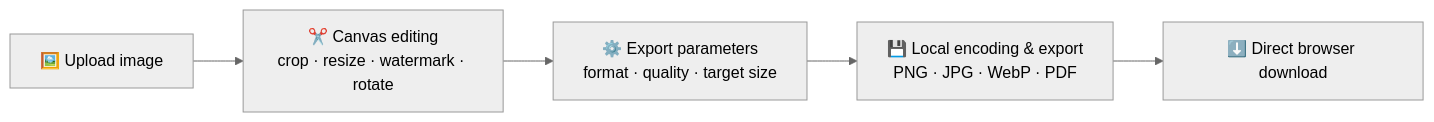
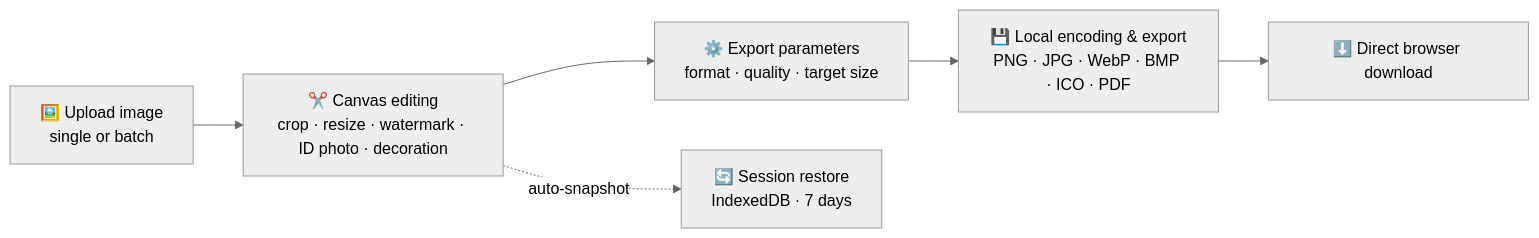
One commit to Mocas-12/photochange changed the diagram in README.md. Above: the diagram before and after it, drawn with Mermaid (neutral theme). The commit also changed other lines of this file and 1 other file, not shown here.

````diff
--- a/README.md
+++ b/README.md
@@ -68,7 +70,8 @@
 ```mermaid
 flowchart LR
-    A[🖼️ Upload image] --> B[✂️ Canvas editing<br/>crop · resize · watermark · rotate]
+    A[🖼️ Upload image<br/>single or batch] --> B[✂️ Canvas editing<br/>crop · resize · watermark · ID photo · decoration]
     B --> C[⚙️ Export parameters<br/>format · quality · target size]
-    C --> D[💾 Local encoding & export<br/>PNG · JPG · WebP · PDF]
+    C --> D[💾 Local encoding & export<br/>PNG · JPG · WebP · BMP · ICO · PDF]
     D --> E[⬇️ Direct browser download]
+    B -.auto-snapshot.-> F[🔄 Session restore<br/>IndexedDB · 7 days]
 ```
````
